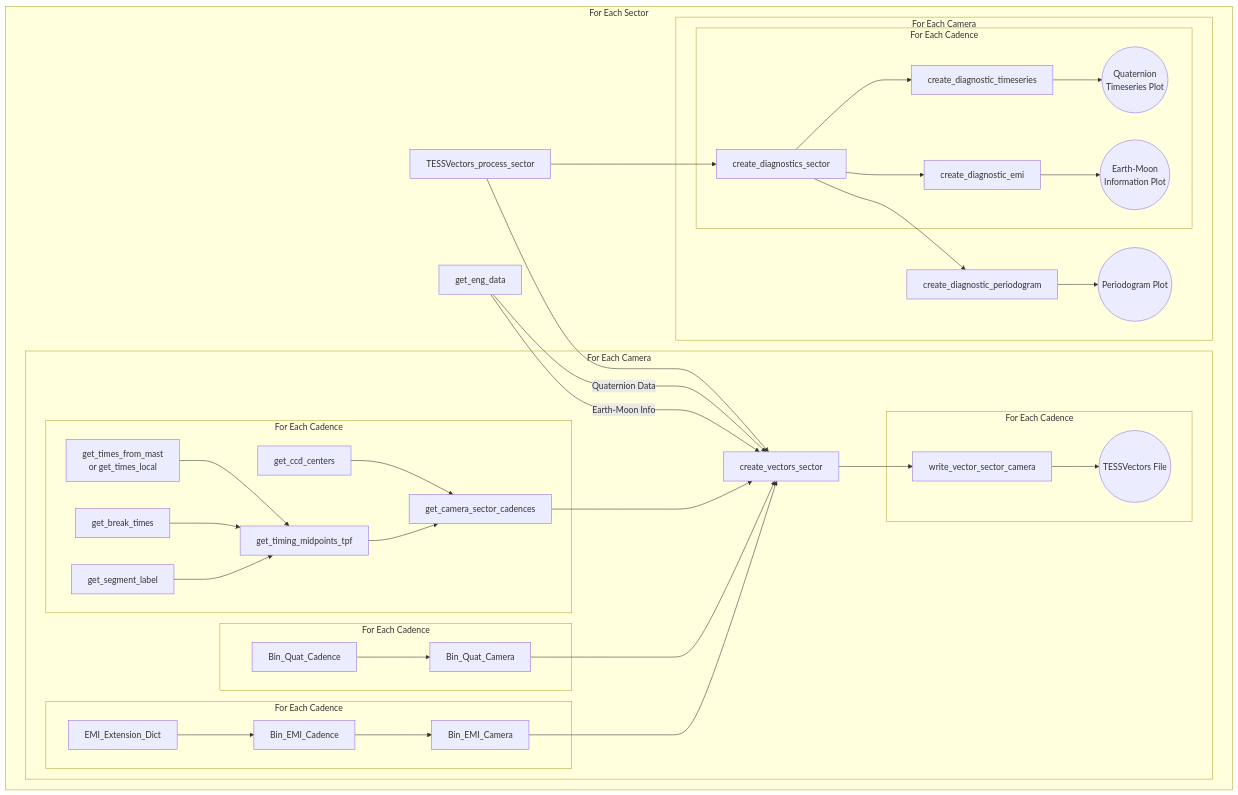
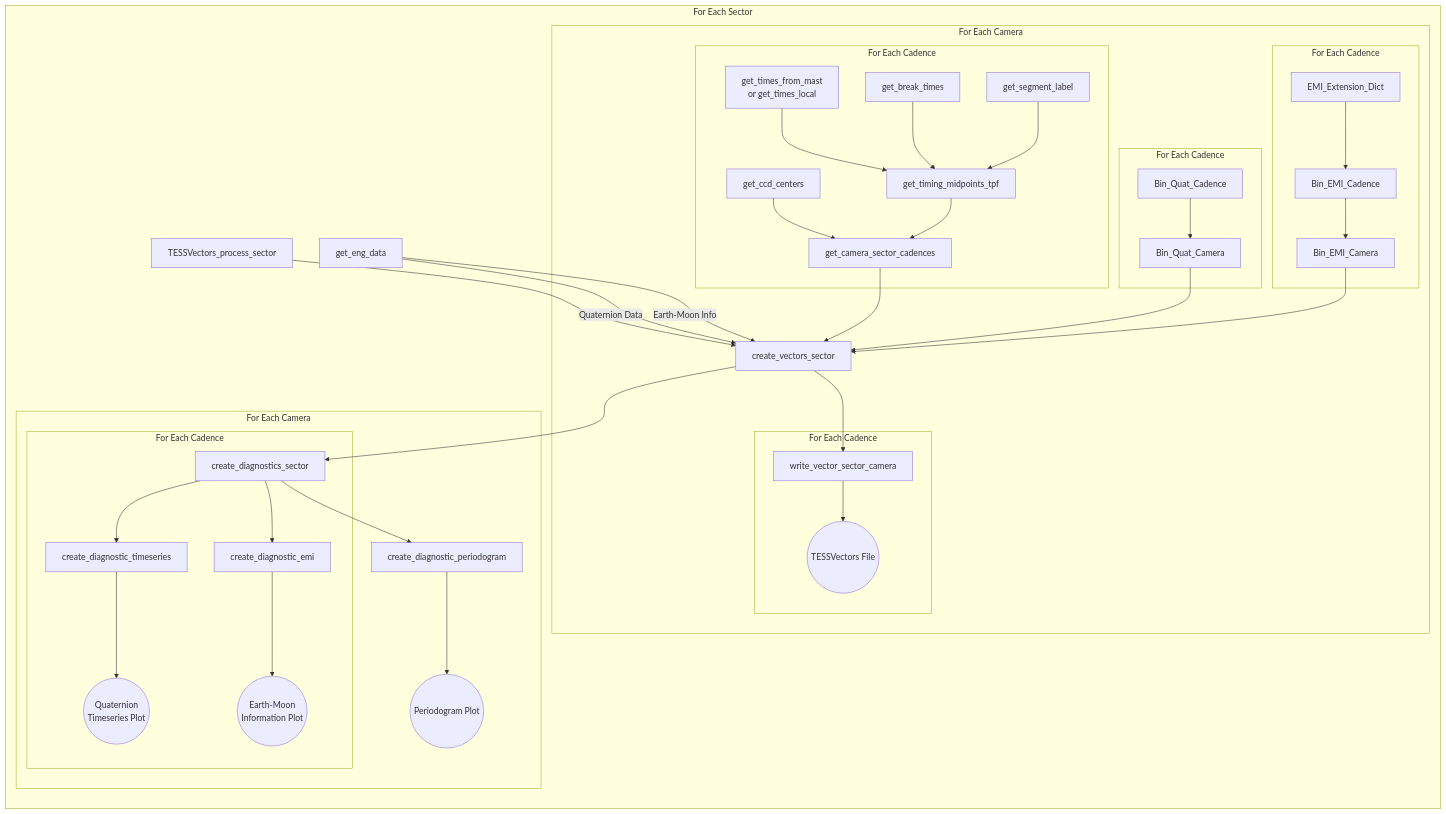
The diagram in README.md (tessgi/tessvectors), drawn with Mermaid before and after one commit. The commit also changed other lines of this file and 1 other file, not shown here.

Commit message:
updated paths and local info, mermaid codeflow

````diff
--- a/README.md
+++ b/README.md
@@ -78,53 +87,53 @@
 ```mermaid
-flowchart TD
+flowchart LR
     subgraph For Each Sector
     TESSVectors_process_sector --> create_vectors_sector
     get_eng_data --> |Quaternion Data| create_vectors_sector
     get_eng_data --> |Earth-Moon Info| create_vectors_sector
     subgraph For Each Camera
     get_camera_sector_cadences --> create_vectors_sector
     
     subgraph For Each Cadence
     get_ccd_centers --> get_camera_sector_cadences
     get_timing_midpoints_tpf --> get_camera_sector_cadences
     gettimes[get_times_from_mast
             or get_times_local] --> get_timing_midpoints_tpf
     get_break_times --> get_timing_midpoints_tpf
     get_segment_label --> get_timing_midpoints_tpf
     end
     
     Bin_Quat_Camera --> create_vectors_sector
 
     subgraph For Each Cadence
     Bin_Quat_Cadence --> Bin_Quat_Camera
     end
 
     Bin_EMI_Camera --> create_vectors_sector
     subgraph For Each Cadence
     Bin_EMI_Cadence --> Bin_EMI_Camera
     EMI_Extension_Dict --> Bin_EMI_Cadence
     end
 
 
     create_vectors_sector --> write_vector_sector_camera
     
     subgraph For Each Cadence
     write_vector_sector_camera --> Output((TESSVectors File))
     end
 
     end
 
-    TESSVectors_process_sector --> create_diagnostics_sector
+    create_vectors_sector --> create_diagnostics_sector
 
     subgraph For Each Camera
     subgraph For Each Cadence 
     create_diagnostics_sector --> create_diagnostic_timeseries --> OT((Quaternion 
     Timeseries Plot))
     create_diagnostics_sector --> create_diagnostic_emi --> OE((Earth-Moon 
     Information Plot))
     end
     create_diagnostics_sector --> create_diagnostic_periodogram --> OP((Periodogram Plot))
     end
 
     end
 ```
````
